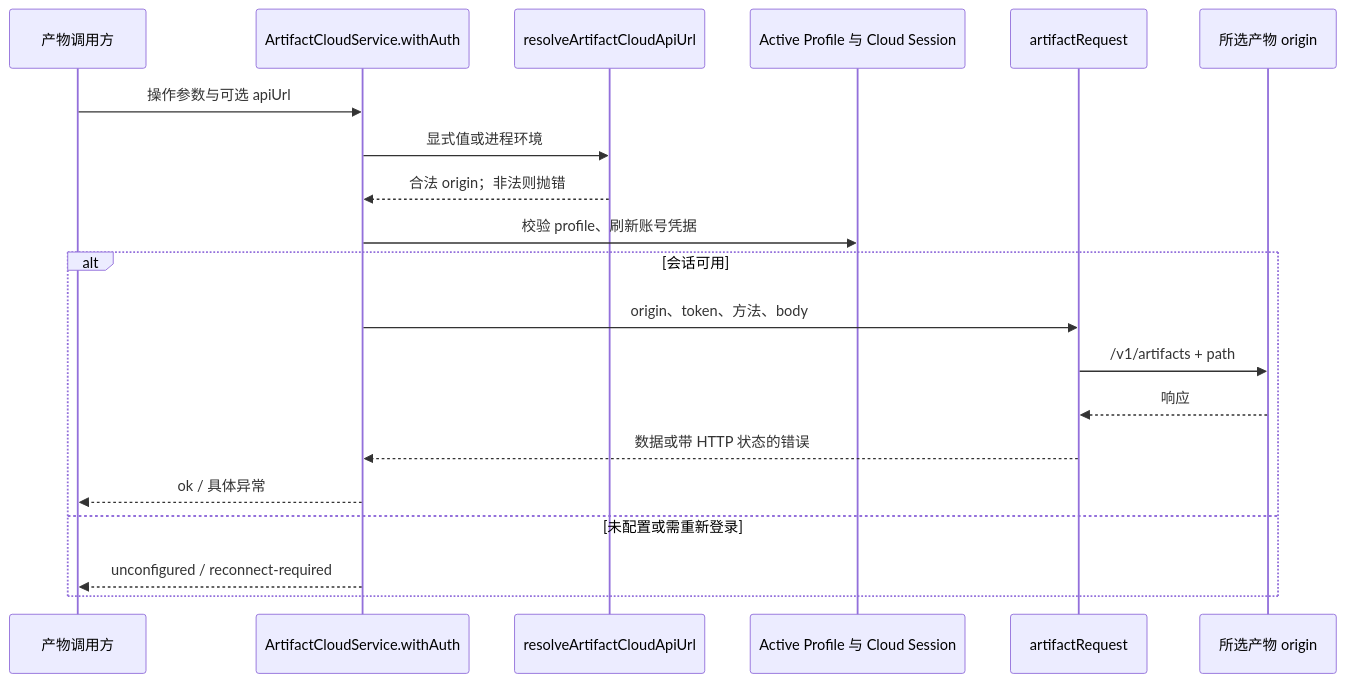
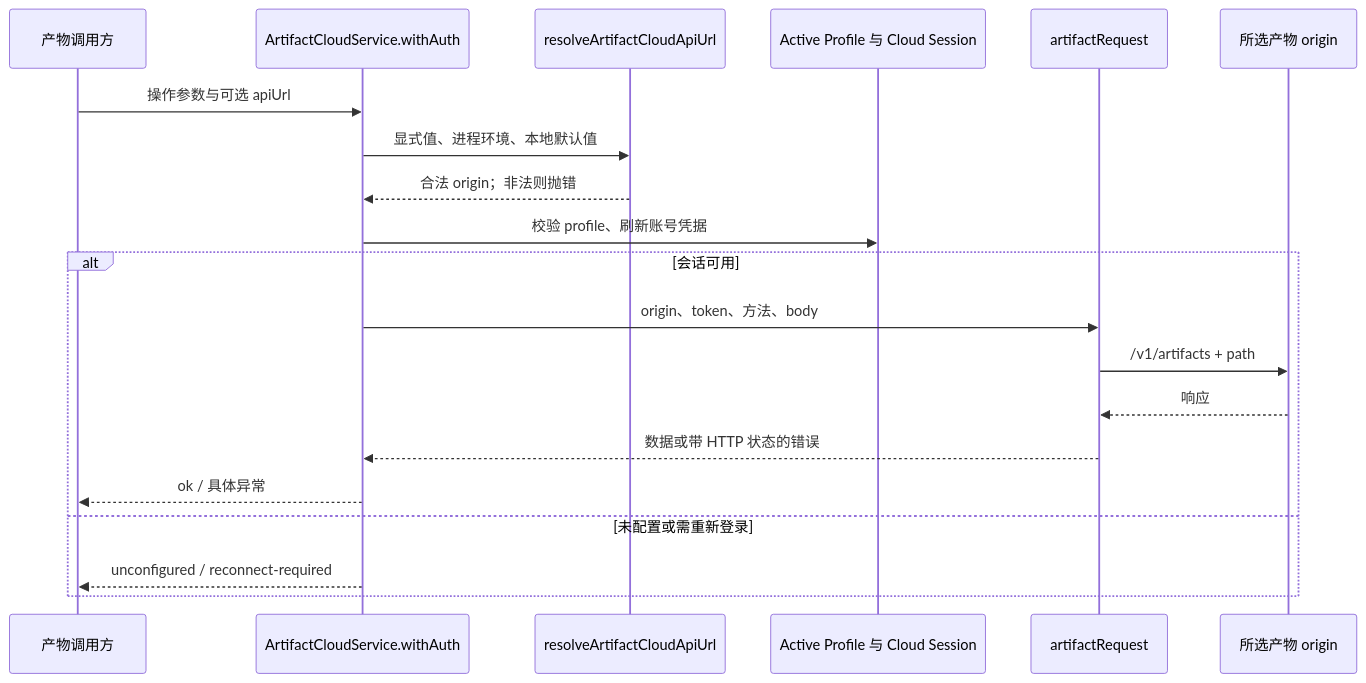
Before and after one commit to Fartown/orca: the first of 2 diagrams in docs/issue/自托管产物后端/solutions/自托管产物后端技术说明.md, drawn with Mermaid. The commit also changed other lines of this file and 10 other files, not shown here.

````diff
--- a/docs/issue/自托管产物后端/solutions/自托管产物后端技术说明.md
+++ b/docs/issue/自托管产物后端/solutions/自托管产物后端技术说明.md
@@ -18,22 +20,22 @@
 ```mermaid
 sequenceDiagram
     participant Caller as 产物调用方
     participant Service as ArtifactCloudService.withAuth
     participant Config as resolveArtifactCloudApiUrl
     participant Profile as Active Profile 与 Cloud Session
     participant Request as artifactRequest
     participant Backend as 所选产物 origin
     Caller->>Service: 操作参数与可选 apiUrl
-    Service->>Config: 显式值或进程环境
+    Service->>Config: 显式值、进程环境、本地默认值
     Config-->>Service: 合法 origin；非法则抛错
     Service->>Profile: 校验 profile、刷新账号凭据
     alt 会话可用
         Service->>Request: origin、token、方法、body
         Request->>Backend: /v1/artifacts + path
         Backend-->>Request: 响应
         Request-->>Service: 数据或带 HTTP 状态的错误
         Service-->>Caller: ok / 具体异常
     else 未配置或需重新登录
         Service-->>Caller: unconfigured / reconnect-required
     end
 ```
````
